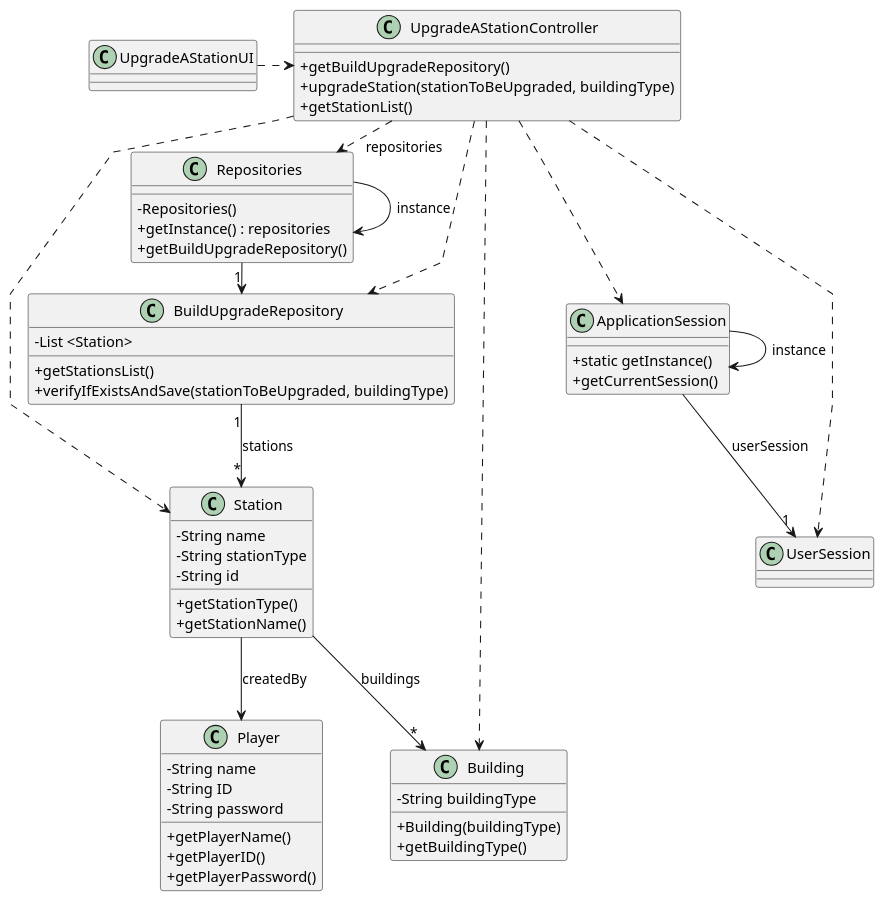
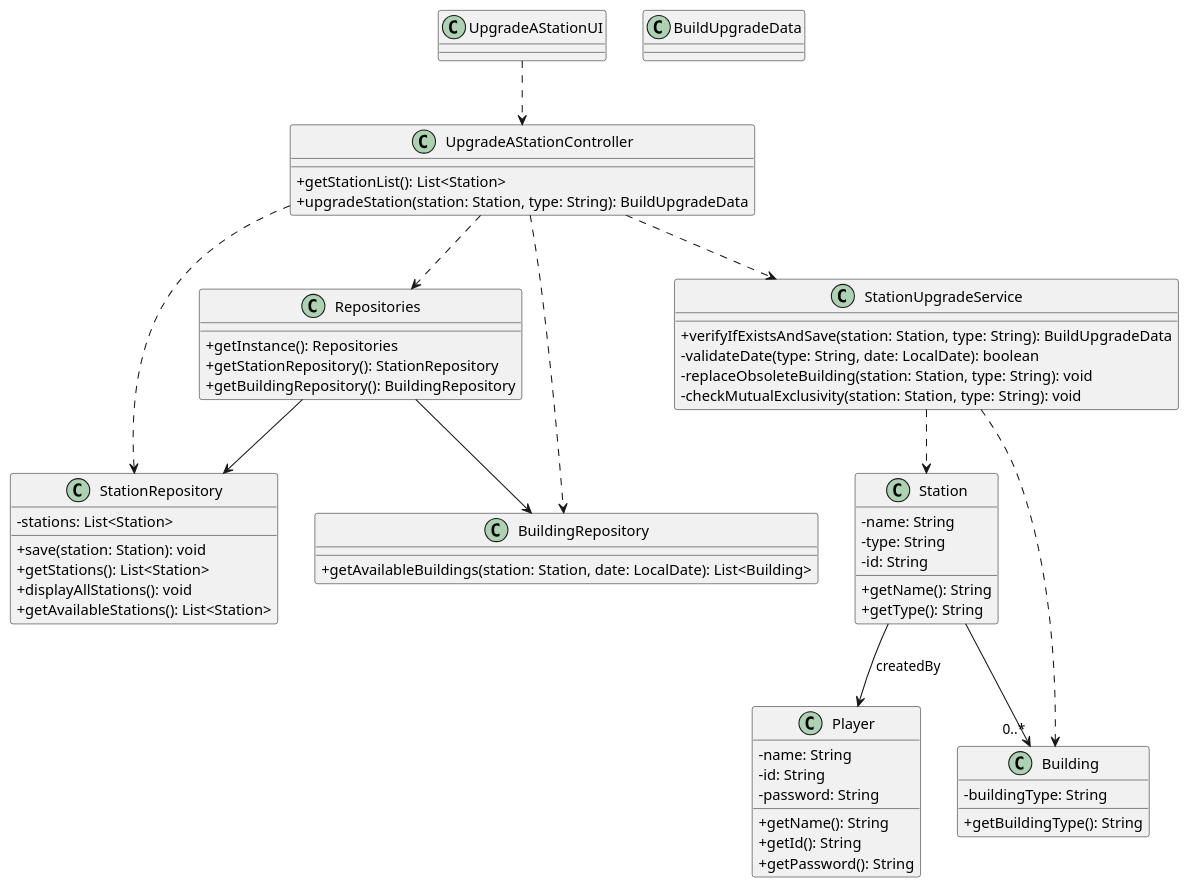
One commit to ivasduarte/all-aboard changed the diagram in docs/sprint2/us006/03.design/puml/us006-class-diagram.puml. Above: the diagram before and after it, drawn with PlantUML. The commit also changed 4 other files, not shown here.

```diff
--- a/docs/sprint2/us006/03.design/puml/us006-class-diagram.puml
+++ b/docs/sprint2/us006/03.design/puml/us006-class-diagram.puml
@@ -1,83 +1,85 @@
 @startuml
-skinparam packageeStyle rectangle
+skinparam packageStyle rectangle
 skinparam shadowing false
-skinparam linetype polyline
-
 skinparam classAttributeIconSize 0
 
+'--- Entidades do domínio ---
 class Player {
-    - String name
-    - String ID
-    - String password
-    + getPlayerName()
-    + getPlayerID()
-    + getPlayerPassword()
+  - name: String
+  - id: String
+  - password: String
+  + getName(): String
+  + getId(): String
+  + getPassword(): String
 }
 
-class UserSession {
-}
-
-class ApplicationSession {
-    + static getInstance()
-    + getCurrentSession()
-}
-
-
 class Station {
-    - String name
-    - String stationType
-    - String id
-    + getStationType()
-    + getStationName()
+  - name: String
+  - type: String
+  - id: String
+  + getName(): String
+  + getType(): String
 }
 
 class Building {
-    - String buildingType
-    + Building(buildingType)
-    + getBuildingType()
+  - buildingType: String
+  + getBuildingType(): String
 }
 
-class UpgradeAStationUI {
+'--- UI & Controlador ---
+class UpgradeAStationUI
+
+class UpgradeAStationController {
+  + getStationList(): List<Station>
+  + upgradeStation(station: Station, type: String): BuildUpgradeData
 }
 
-class UpgradeAStationController {
-    + getBuildUpgradeRepository()
-    + upgradeStation(stationToBeUpgraded, buildingType)
-    + getStationList()
+'--- Repositórios e Serviços ---
+class Repositories {
+  + getInstance(): Repositories
+  + getStationRepository(): StationRepository
+  + getBuildingRepository(): BuildingRepository
 }
 
-class Repositories {
-    - Repositories()
-    + getInstance() : repositories
-    + getBuildUpgradeRepository()
+class StationRepository {
+  - stations: List<Station>
+  + save(station: Station): void
+  + getStations(): List<Station>
+  + displayAllStations(): void
 }
 
-class BuildUpgradeRepository {
-    - List <Station>
-    + getStationsList()
-    + verifyIfExistsAndSave(stationToBeUpgraded, buildingType)
+class BuildingRepository {
+  + getAvailableBuildings(station: Station, date: LocalDate): List<Building>
 }
 
-Repositories -> Repositories : instance
-ApplicationSession -> ApplicationSession : instance
+class StationUpgradeService {
+  + verifyIfExistsAndSave(station: Station, type: String): BuildUpgradeData
+  - validateDate(type: String, date: LocalDate): boolean
+  - replaceObsoleteBuilding(station: Station, type: String): void
+  - checkMutualExclusivity(station: Station, type: String): void
+}
 
-UpgradeAStationUI .> UpgradeAStationController
+class StationRepository {
+  + getAvailableStations(): List<Station>
+}
 
-UpgradeAStationController .> Repositories : repositories
+class BuildUpgradeData
 
-Repositories -> "1" BuildUpgradeRepository
-UpgradeAStationController ..> Station
-UpgradeAStationController ..> Building
-UpgradeAStationController ..> BuildUpgradeRepository
+'--- Relações ---
+UpgradeAStationUI ..> UpgradeAStationController
+UpgradeAStationController ..> Repositories
+UpgradeAStationController ..> StationRepository
+UpgradeAStationController ..> BuildingRepository
+UpgradeAStationController ..> StationUpgradeService
 
-ApplicationSession --> "1" UserSession : userSession
+Repositories --> StationRepository
+Repositories --> BuildingRepository
 
-UpgradeAStationController ..> ApplicationSession
-UpgradeAStationController ..> UserSession
 
-BuildUpgradeRepository "1" --> "*" Station : stations
+StationUpgradeService ..> Station
+StationUpgradeService ..> Building
 
+Station --> "0..*" Building
 Station --> Player : createdBy
-Station --> "*" Building : buildings
 
 @enduml
```
